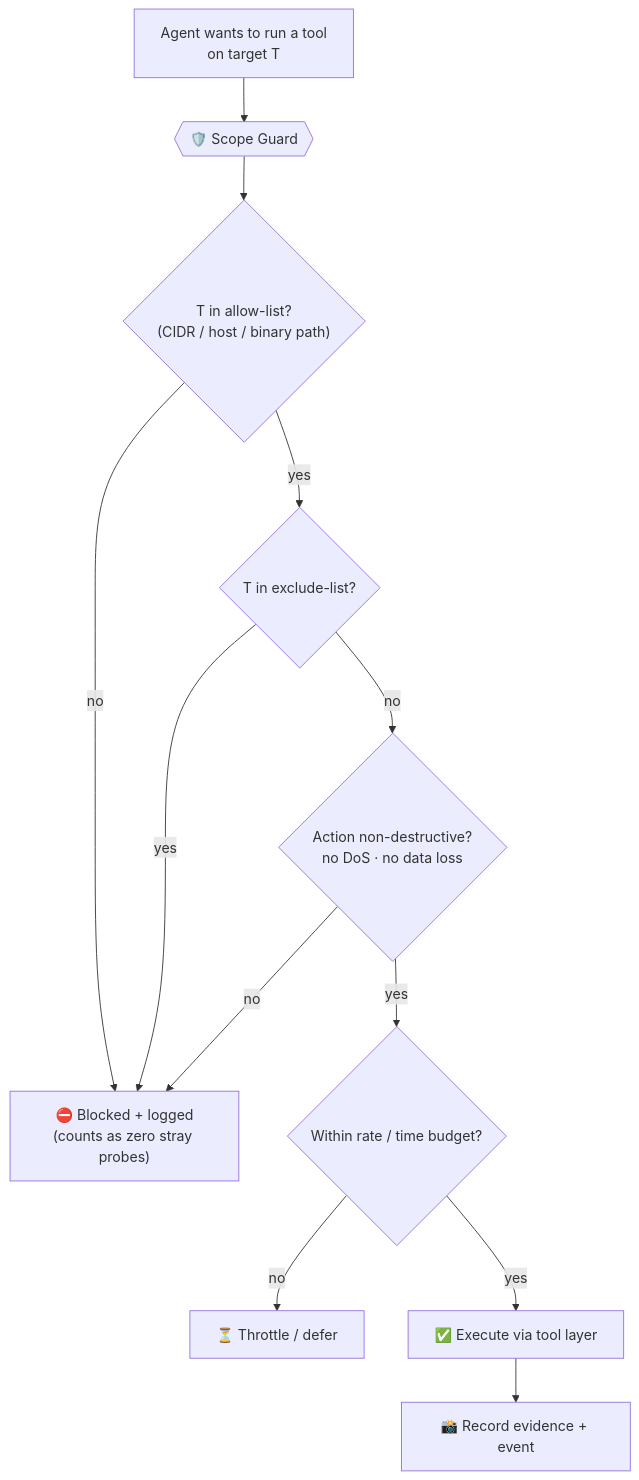
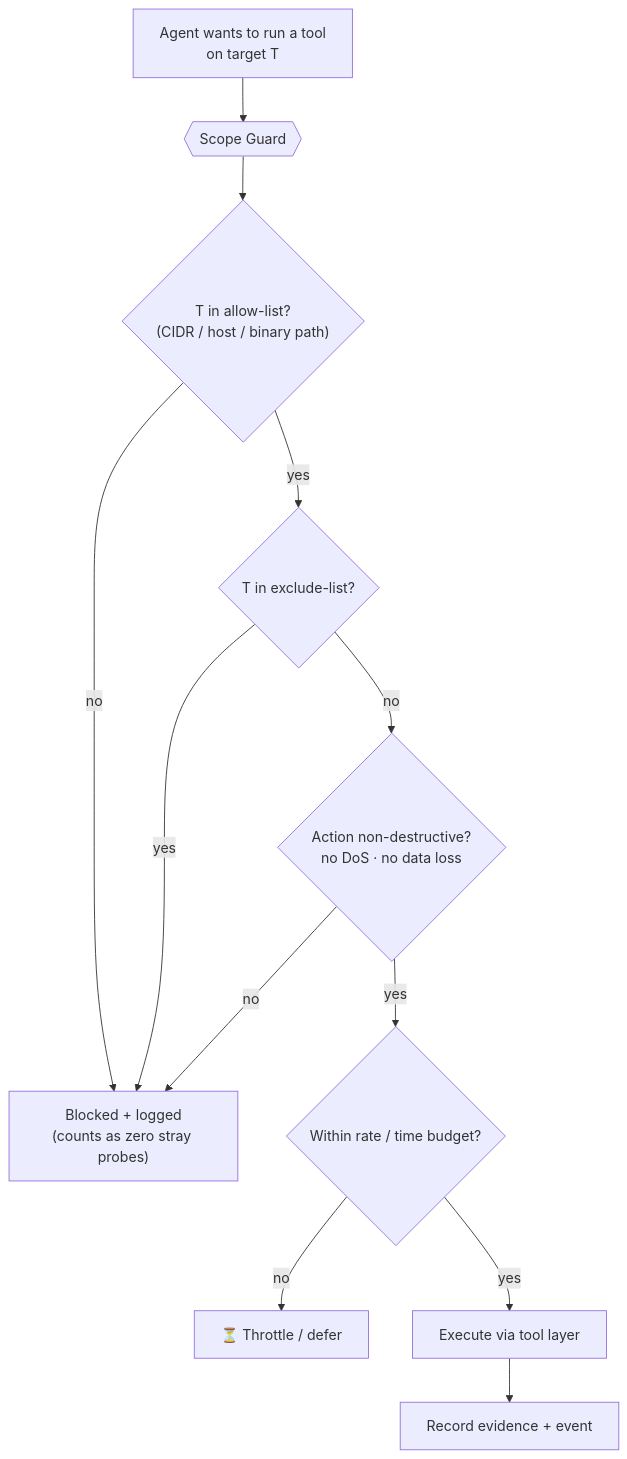
Before and after one commit to hrdk6/Mitigata-Hackathon: the fifth of 10 diagrams in README.md, drawn with Mermaid. The commit also changed other lines of this file and 2 other files, not shown here.

````diff
--- a/README.md
+++ b/README.md
@@ -358,14 +344,14 @@
 ```mermaid
 flowchart TB
-    A["Agent wants to run a tool<br/>on target T"] --> G{{"🛡️ Scope Guard"}}
+    A["Agent wants to run a tool<br/>on target T"] --> G{{"Scope Guard"}}
     G --> C1{"T in allow-list?<br/>(CIDR / host / binary path)"}
-    C1 -->|no| BLOCK["⛔ Blocked + logged<br/>(counts as zero stray probes)"]
+    C1 -->|no| BLOCK["Blocked + logged<br/>(counts as zero stray probes)"]
     C1 -->|yes| C2{"T in exclude-list?"}
     C2 -->|yes| BLOCK
     C2 -->|no| C3{"Action non-destructive?<br/>no DoS · no data loss"}
     C3 -->|no| BLOCK
     C3 -->|yes| C4{"Within rate / time budget?"}
     C4 -->|no| QUEUE["⏳ Throttle / defer"]
-    C4 -->|yes| ALLOW["✅ Execute via tool layer"]
-    ALLOW --> EV["📸 Record evidence + event"]
+    C4 -->|yes| ALLOW["Execute via tool layer"]
+    ALLOW --> EV["Record evidence + event"]
 ```
````
